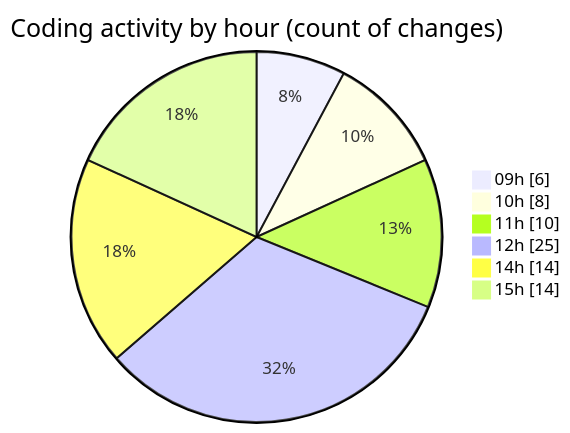
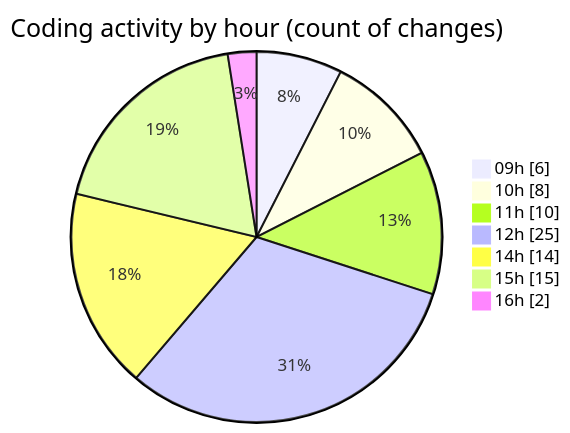
The second of 2 diagrams in 2025-10-22/cda/README.md (momahboobian/code-tracking), drawn with Mermaid before and after one commit. The commit also changed other lines of this file and 1 other file, not shown here.

````diff
--- a/2025-10-22/cda/README.md
+++ b/2025-10-22/cda/README.md
@@ -39,10 +39,11 @@
 ```mermaid
 pie showData
 title Coding activity by hour (count of changes)
 "09h" : 6
 "10h" : 8
 "11h" : 10
 "12h" : 25
 "14h" : 14
-"15h" : 14
+"15h" : 15
+"16h" : 2
 ```
````
